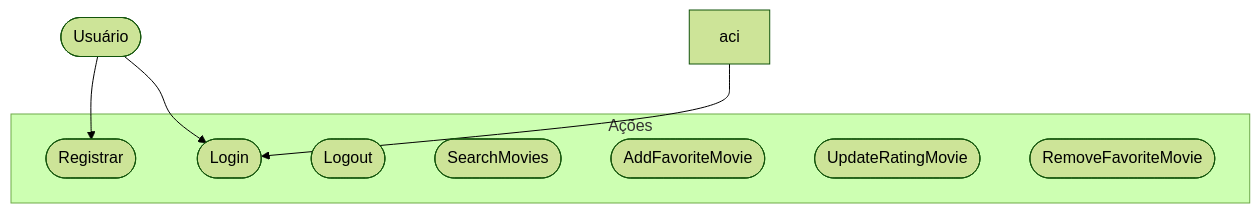
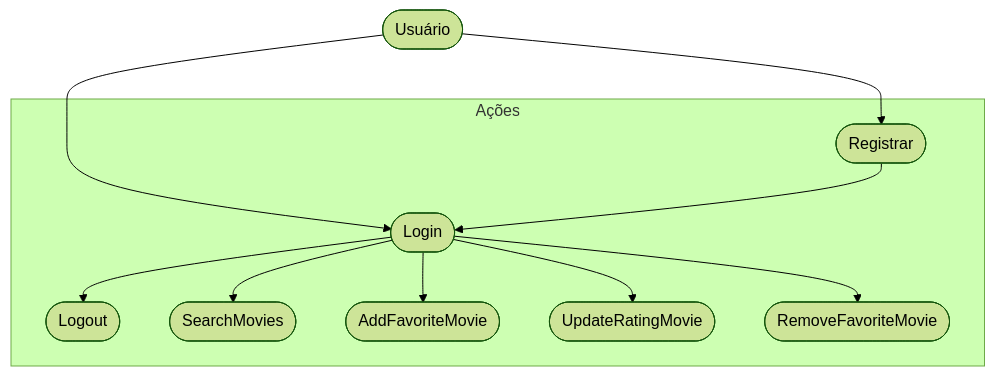
One commit to salve1531k/CursoMobileSesiTB changed the second of 3 diagrams in firebase/formativa_cinefavorite/README.md. Above: the diagram before and after it, drawn with Mermaid (forest theme). The commit also changed other lines of this file and 6 other files, not shown here.

````diff
--- a/firebase/formativa_cinefavorite/README.md
+++ b/firebase/formativa_cinefavorite/README.md
@@ -72,20 +72,26 @@
 ```mermaid
 
 graph TD
     subgraph "Ações"
         ac1([Registrar])
         ac2([Login])
         ac3([Logout])
         ac4([SearchMovies])
         ac5([AddFavoriteMovie])
         ac6([UpdateRatingMovie])
         ac7([RemoveFavoriteMovie])
     end
 
     user([Usuário])
 
     user --> ac1
     user --> ac2
 
-    aci --> ac2
+    ac1 --> ac2
+    ac2 --> ac3
+    ac2 --> ac4
+    ac2 --> ac5
+    ac2 --> ac6
+    ac2 --> ac7
+
 ```
````
